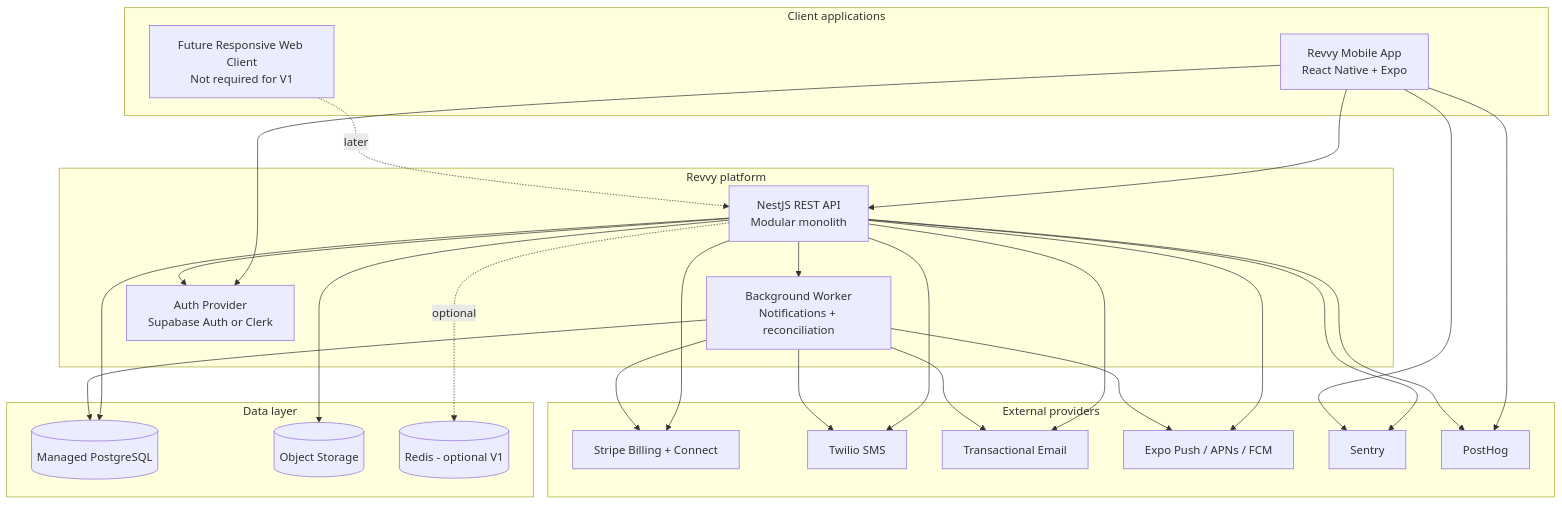
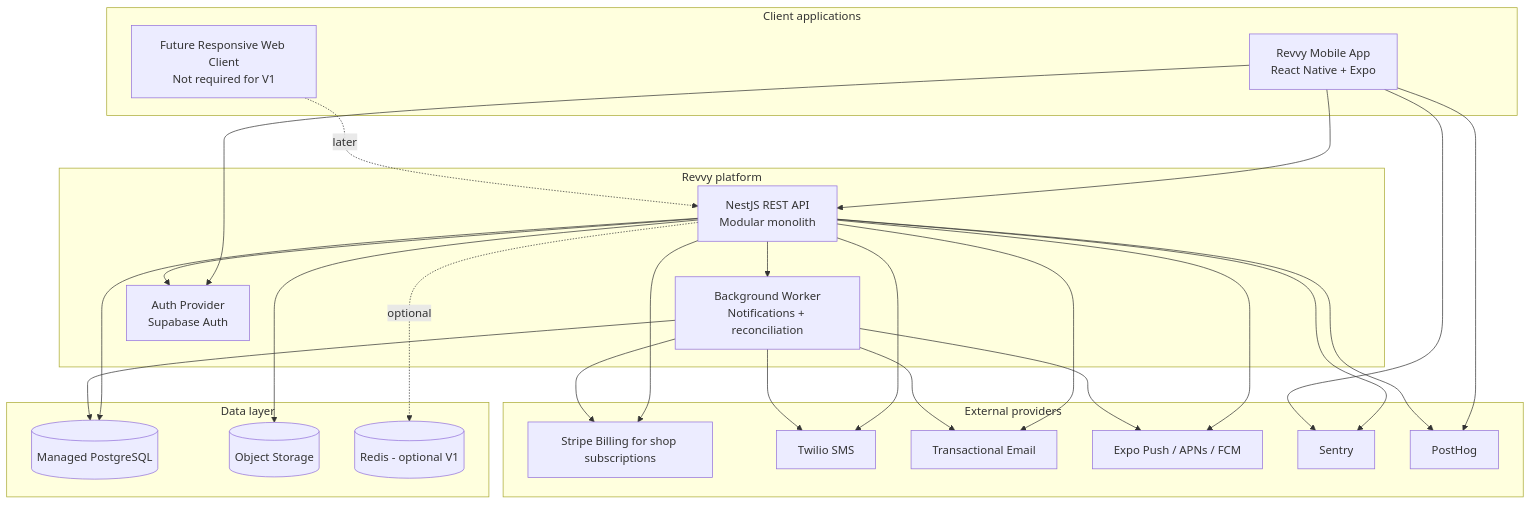
The first of 10 diagrams in REVVY_V1_SPEC.md (raviosovrann/revvy), drawn with Mermaid before and after one commit. The commit also changed other lines of this file and 64 other files, not shown here.

````diff
--- a/REVVY_V1_SPEC.md
+++ b/REVVY_V1_SPEC.md
@@ -606,50 +600,50 @@
 ```mermaid
 flowchart TB
     subgraph Clients[Client applications]
         Mobile[Revvy Mobile App\nReact Native + Expo]
         FutureWeb[Future Responsive Web Client\nNot required for V1]
     end
 
     subgraph Platform[Revvy platform]
         API[NestJS REST API\nModular monolith]
         Worker[Background Worker\nNotifications + reconciliation]
-        Auth[Auth Provider\nSupabase Auth or Clerk]
+        Auth[Auth Provider\nSupabase Auth]
     end
 
     subgraph Data[Data layer]
         DB[(Managed PostgreSQL)]
         Object[(Object Storage)]
         Cache[(Redis - optional V1)]
     end
 
     subgraph External[External providers]
-        Stripe[Stripe Billing + Connect]
+        Stripe[Stripe Billing for shop subscriptions]
         Twilio[Twilio SMS]
         Email[Transactional Email]
         Push[Expo Push / APNs / FCM]
         Sentry[Sentry]
         PostHog[PostHog]
     end
 
     Mobile --> Auth
     Mobile --> API
     FutureWeb -. later .-> API
     API --> Auth
     API --> DB
     API --> Object
     API -. optional .-> Cache
     API --> Stripe
     API --> Twilio
     API --> Email
     API --> Push
     API --> Sentry
     Mobile --> Sentry
     Mobile --> PostHog
     API --> PostHog
     API --> Worker
     Worker --> DB
     Worker --> Twilio
     Worker --> Email
     Worker --> Push
     Worker --> Stripe
 ```
````
